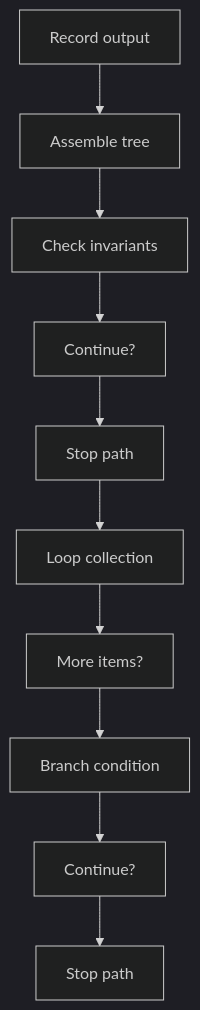
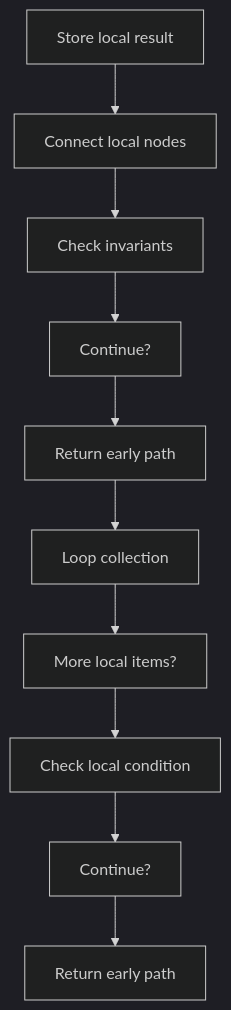
One commit to JohnAndrewBalbarosa/NeoTerritory changed the fourth of 8 diagrams in docs/Codebase/Microservice/Modules/Source/OutputGeneration/UnitTestGeneration/Flow/algorithm_pipeline_program_flow_01.cpp.md. Above: the diagram before and after it, drawn with Mermaid (dark theme). The commit also changed other lines of this file and 925 other files, not shown here.

````diff
--- a/docs/Codebase/Microservice/Modules/Source/OutputGeneration/UnitTestGeneration/Flow/algorithm_pipeline_program_flow_01.cpp.md
+++ b/docs/Codebase/Microservice/Modules/Source/OutputGeneration/UnitTestGeneration/Flow/algorithm_pipeline_program_flow_01.cpp.md
@@ -93,22 +93,22 @@
 ```mermaid
 flowchart TD
-    N0["Record output"]
-    N1["Assemble tree"]
+    N0["Store local result"]
+    N1["Connect local nodes"]
     N2["Check invariants"]
     N3["Continue?"]
-    N4["Stop path"]
+    N4["Return early path"]
     N5["Loop collection"]
-    N6["More items?"]
-    N7["Branch condition"]
+    N6["More local items?"]
+    N7["Check local condition"]
     N8["Continue?"]
-    N9["Stop path"]
+    N9["Return early path"]
     N0 --> N1
     N1 --> N2
     N2 --> N3
     N3 --> N4
     N4 --> N5
     N5 --> N6
     N6 --> N7
     N7 --> N8
     N8 --> N9
 ```
````
